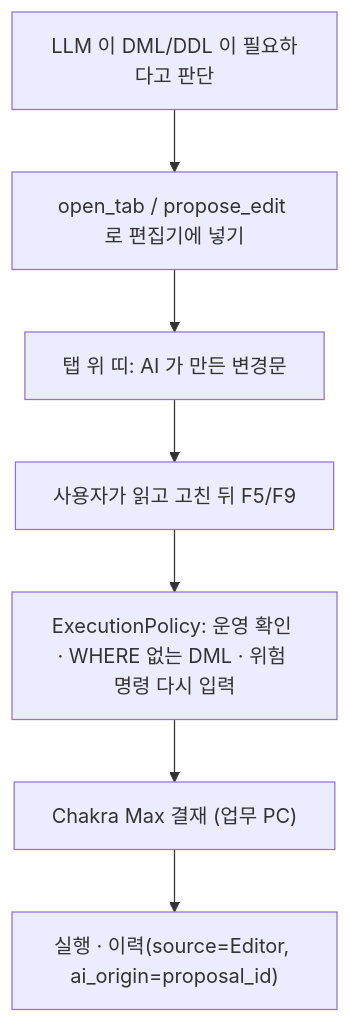
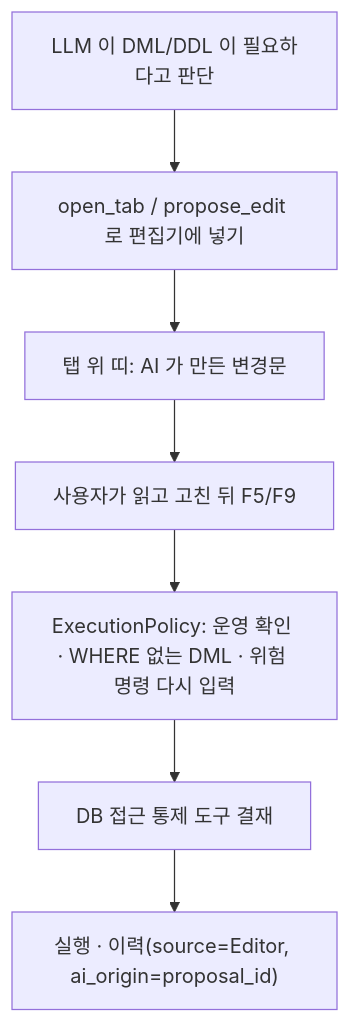
The third of 5 diagrams in docs/oranda1/research/llm-editor-integration-2026-10-24.md (jongik-sv/oranda), drawn with Mermaid before and after one commit. The commit also changed other lines of this file and 78 other files, not shown here.

````diff
--- a/docs/oranda1/research/llm-editor-integration-2026-10-24.md
+++ b/docs/oranda1/research/llm-editor-integration-2026-10-24.md
@@ -309,9 +309,9 @@
 ```mermaid
 flowchart TD
   A["LLM 이 DML/DDL 이 필요하다고 판단"] --> B["open_tab / propose_edit 로 편집기에 넣기"]
   B --> C["탭 위 띠: AI 가 만든 변경문"]
   C --> D["사용자가 읽고 고친 뒤 F5/F9"]
   D --> E["ExecutionPolicy: 운영 확인 · WHERE 없는 DML · 위험 명령 다시 입력"]
-  E --> F["Chakra Max 결재 (업무 PC)"]
+  E --> F["DB 접근 통제 도구 결재"]
   F --> G["실행 · 이력(source=Editor, ai_origin=proposal_id)"]
 ```
````
